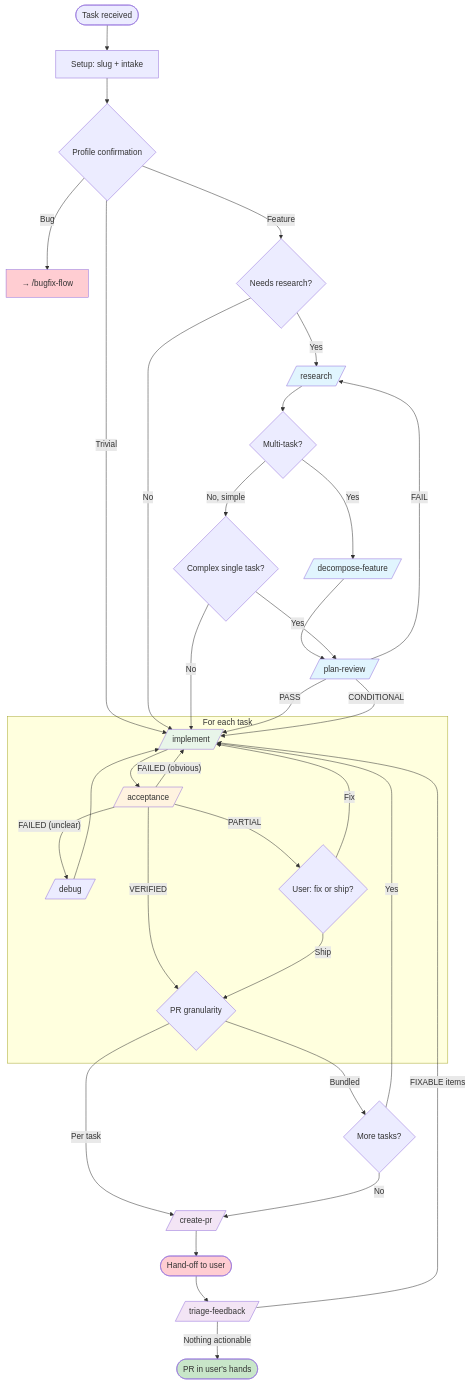
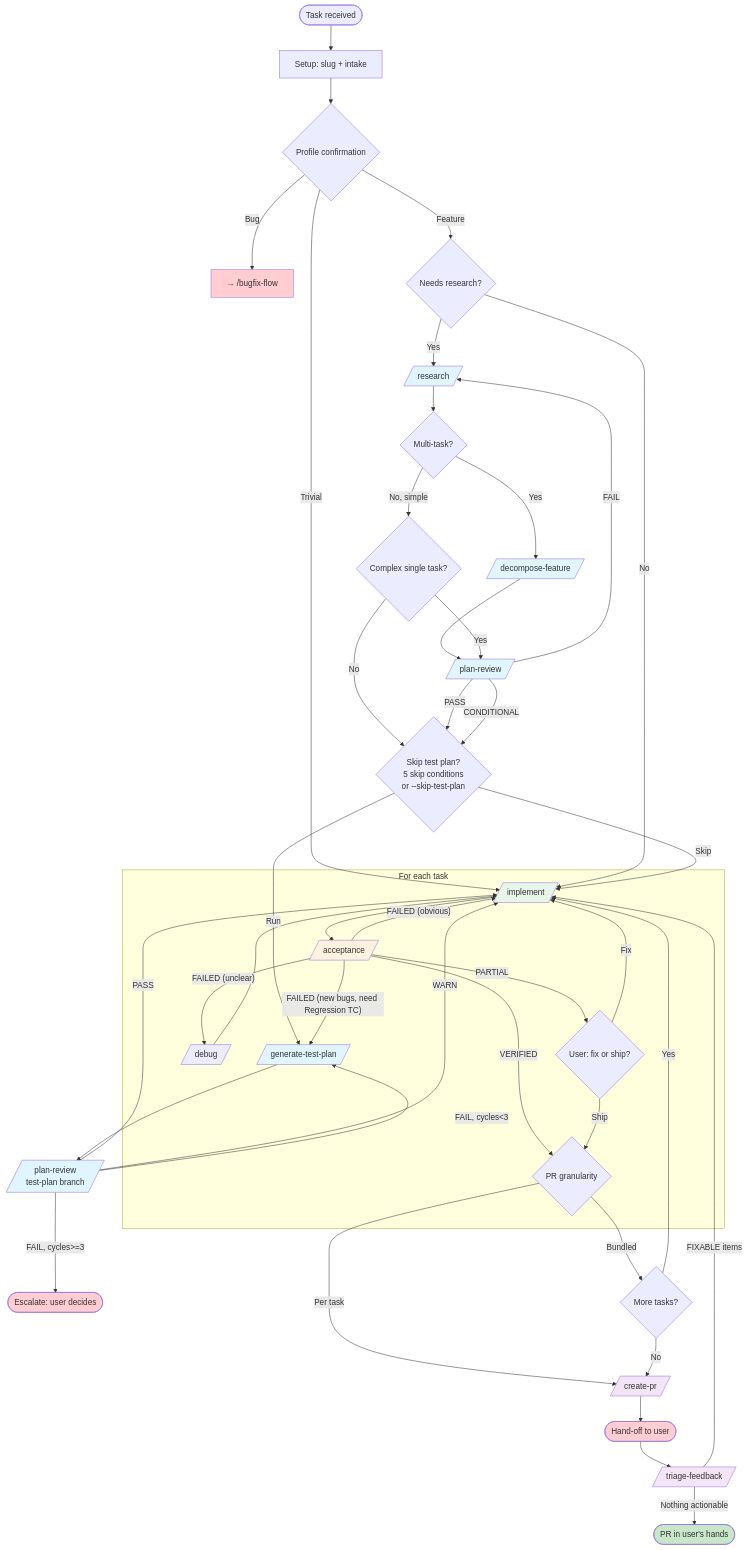
One commit to kirich1409/krozov-ai-tools changed the first of 2 diagrams in plugins/developer-workflow/docs/ORCHESTRATORS.md. Above: the diagram before and after it, drawn with Mermaid. The commit also changed other lines of this file and 3 other files, not shown here.

First line of the commit message:
Sync docs with TestPlan + TestPlanReview stages

````diff
--- a/plugins/developer-workflow/docs/ORCHESTRATORS.md
+++ b/plugins/developer-workflow/docs/ORCHESTRATORS.md
@@ -17,55 +17,69 @@
 ```mermaid
 flowchart TD
     start([Task received]) --> setup[Setup: slug + intake]
     setup --> confirm{Profile confirmation}
     confirm -->|Bug| redirect_bug[→ /bugfix-flow]
     confirm -->|Trivial| impl
     confirm -->|Feature| needs_research{Needs research?}
 
     needs_research -->|No| impl
     needs_research -->|Yes| research[/research/]
     research --> needs_decompose{Multi-task?}
 
     needs_decompose -->|No, simple| needs_plan{Complex single task?}
     needs_decompose -->|Yes| decompose[/decompose-feature/]
     decompose --> plan_review
 
-    needs_plan -->|No| impl
+    needs_plan -->|No| testplan_gate
     needs_plan -->|Yes| plan_review[/plan-review/]
 
-    plan_review -->|PASS| impl
-    plan_review -->|CONDITIONAL| impl
+    plan_review -->|PASS| testplan_gate
+    plan_review -->|CONDITIONAL| testplan_gate
     plan_review -->|FAIL| research
+
+    testplan_gate{Skip test plan?<br/>5 skip conditions<br/>or --skip-test-plan}
+    testplan_gate -->|Skip| impl
+    testplan_gate -->|Run| test_plan[/generate-test-plan/]
+
+    test_plan --> test_plan_review[/plan-review<br/>test-plan branch/]
+    test_plan_review -->|PASS| impl
+    test_plan_review -->|WARN| impl
+    test_plan_review -->|FAIL, cycles<3| test_plan
+    test_plan_review -->|FAIL, cycles>=3| escalate_tp([Escalate: user decides])
 
     subgraph loop ["For each task"]
         impl[/implement/] --> acceptance[/acceptance/]
         acceptance -->|VERIFIED| pr_decision
         acceptance -->|"FAILED (obvious)"| impl
         acceptance -->|"FAILED (unclear)"| debug_mid[/debug/]
         debug_mid --> impl
+        acceptance -->|"FAILED (new bugs, need Regression TC)"| test_plan
         acceptance -->|PARTIAL| user_decision{User: fix or ship?}
         user_decision -->|Fix| impl
         user_decision -->|Ship| pr_decision
     end
 
     pr_decision{PR granularity} -->|Per task| create_pr
     pr_decision -->|Bundled| next_task{More tasks?}
     next_task -->|Yes| impl
     next_task -->|No| create_pr
 
     create_pr[/create-pr/] --> handoff([Hand-off to user])
     handoff --> triage[/triage-feedback/]
     triage -->|FIXABLE items| impl
     triage -->|Nothing actionable| done([PR in user's hands])
 
     style research fill:#e1f5fe
     style decompose fill:#e1f5fe
     style plan_review fill:#e1f5fe
+    style test_plan fill:#e1f5fe
+    style test_plan_review fill:#e1f5fe
     style impl fill:#e8f5e9
     style acceptance fill:#fff3e0
     style create_pr fill:#f3e5f5
     style triage fill:#f3e5f5
     style handoff fill:#ffcdd2
     style done fill:#c8e6c9
     style redirect_bug fill:#ffcdd2
+    style escalate_tp fill:#ffcdd2
 ```
````
